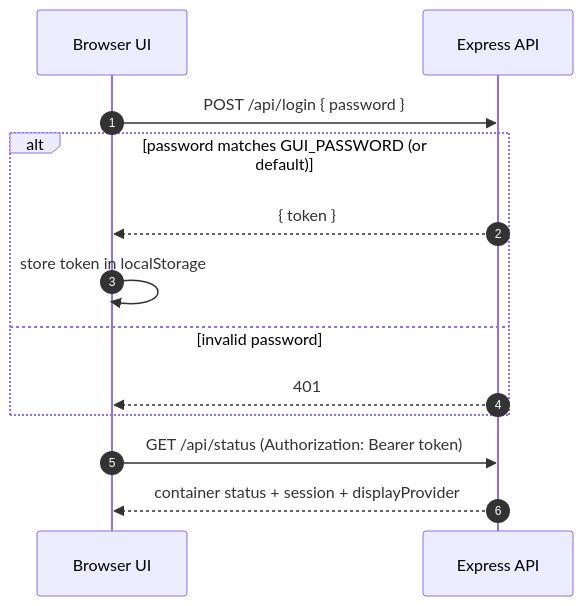
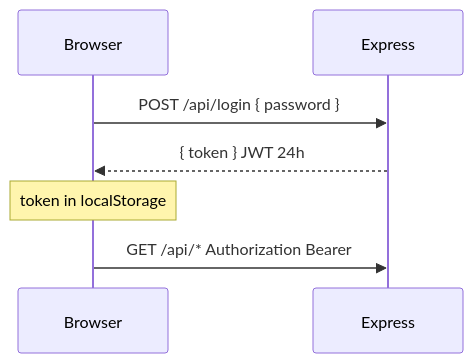
Before and after one commit to raddadengineer/gluetun-gui: the second of 4 diagrams in docs/ARCHITECTURE.md, drawn with Mermaid. The commit also changed other lines of this file and 7 other files, not shown here.

First line of the commit message:
feat: enhance README and architecture documentation, improve dashboard functionality

````diff
--- a/docs/ARCHITECTURE.md
+++ b/docs/ARCHITECTURE.md
@@ -45,17 +45,10 @@
 ```mermaid
 sequenceDiagram
-  autonumber
-  participant UI as Browser UI
-  participant API as Express API
+  participant UI as Browser
+  participant API as Express
 
   UI->>API: POST /api/login { password }
-  alt password matches GUI_PASSWORD (or default)
-    API-->>UI: { token }
-    UI->>UI: store token in localStorage
-  else invalid password
-    API-->>UI: 401
-  end
-
-  UI->>API: GET /api/status (Authorization: Bearer token)
-  API-->>UI: container status + session + displayProvider
+  API-->>UI: { token } JWT 24h
+  Note over UI: token in localStorage
+  UI->>API: GET /api/* Authorization Bearer
 ```
````
